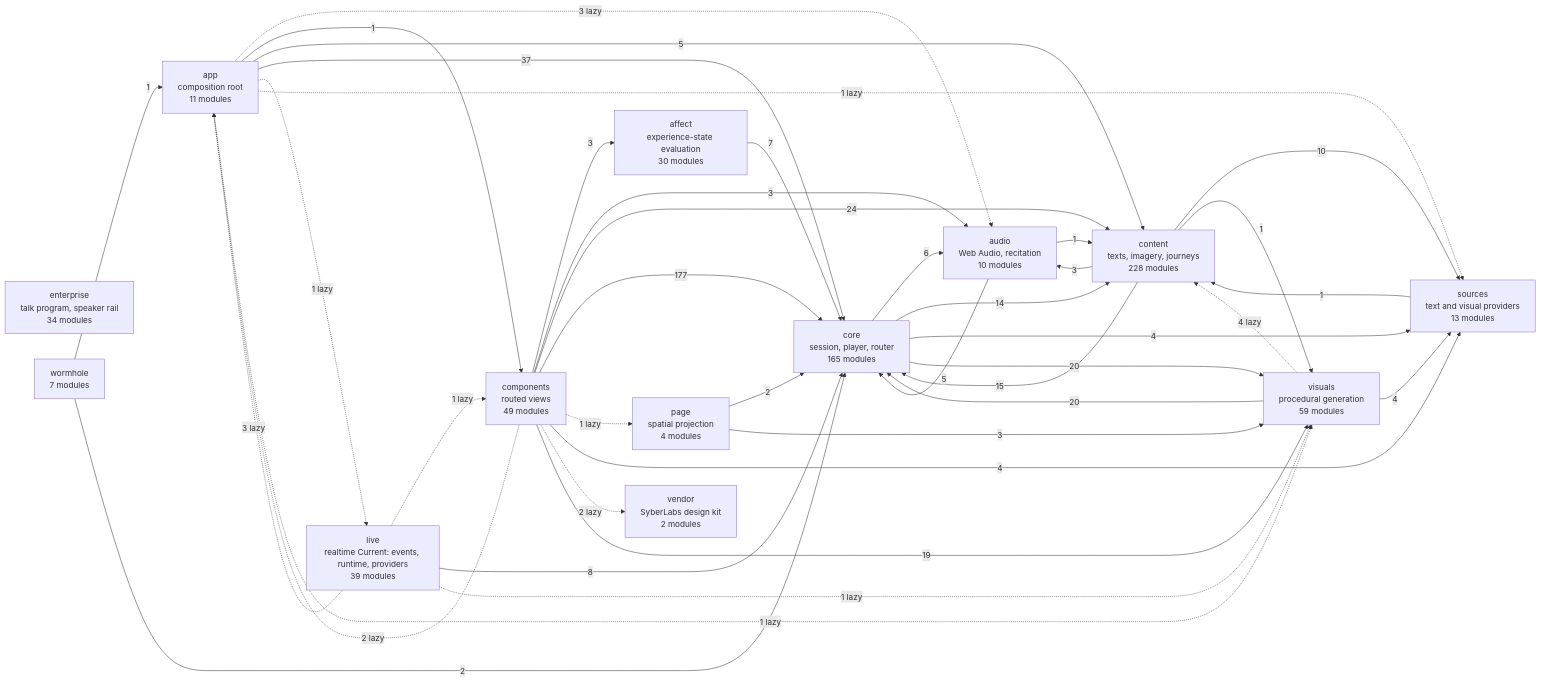
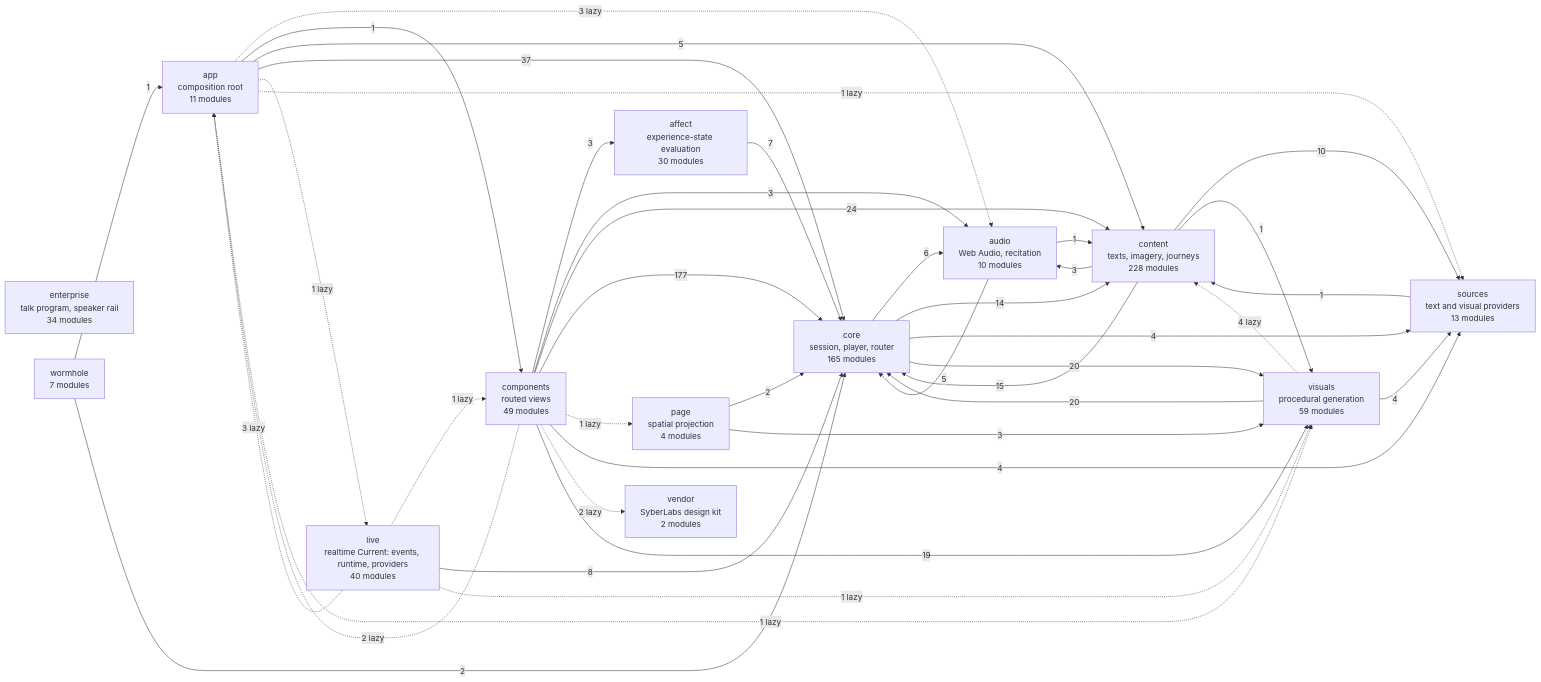
One commit to SyberLabs/RISE changed the diagram in docs/specs/ARCHITECTURE.md. Above: the diagram before and after it, drawn with Mermaid.

Commit message:
docs: refresh graph after MCP transport helper

````diff
--- a/docs/specs/ARCHITECTURE.md
+++ b/docs/specs/ARCHITECTURE.md
@@ -160,56 +160,56 @@
 ```mermaid
 flowchart LR
     affect["affect<br/>experience-state evaluation<br/>30 modules"]
     app["app<br/>composition root<br/>11 modules"]
     audio["audio<br/>Web Audio, recitation<br/>10 modules"]
     components["components<br/>routed views<br/>49 modules"]
     content["content<br/>texts, imagery, journeys<br/>228 modules"]
     core["core<br/>session, player, router<br/>165 modules"]
     enterprise["enterprise<br/>talk program, speaker rail<br/>34 modules"]
-    live["live<br/>realtime Current: events, runtime, providers<br/>39 modules"]
+    live["live<br/>realtime Current: events, runtime, providers<br/>40 modules"]
     page["page<br/>spatial projection<br/>4 modules"]
     sources["sources<br/>text and visual providers<br/>13 modules"]
     vendor["vendor<br/>SyberLabs design kit<br/>2 modules"]
     visuals["visuals<br/>procedural generation<br/>59 modules"]
     wormhole["wormhole<br/>7 modules"]
 
     affect --> |7| core
     app -.-> |3 lazy| audio
     app --> |1| components
     app --> |5| content
     app --> |37| core
     app -.-> |1 lazy| live
     app -.-> |1 lazy| sources
     app -.-> |1 lazy| visuals
     audio --> |1| content
     audio --> |5| core
     components --> |3| affect
     components -.-> |2 lazy| app
     components --> |3| audio
     components --> |24| content
     components --> |177| core
     components -.-> |1 lazy| page
     components --> |4| sources
     components -.-> |2 lazy| vendor
     components --> |19| visuals
     content --> |3| audio
     content --> |15| core
     content --> |10| sources
     content --> |1| visuals
     core --> |6| audio
     core --> |14| content
     core --> |4| sources
     core --> |20| visuals
     live -.-> |3 lazy| app
     live -.-> |1 lazy| components
     live --> |8| core
     live -.-> |1 lazy| visuals
     page --> |2| core
     page --> |3| visuals
     sources --> |1| content
     visuals -.-> |4 lazy| content
     visuals --> |20| core
     visuals --> |4| sources
     wormhole --> |1| app
     wormhole --> |2| core
 ```
````
